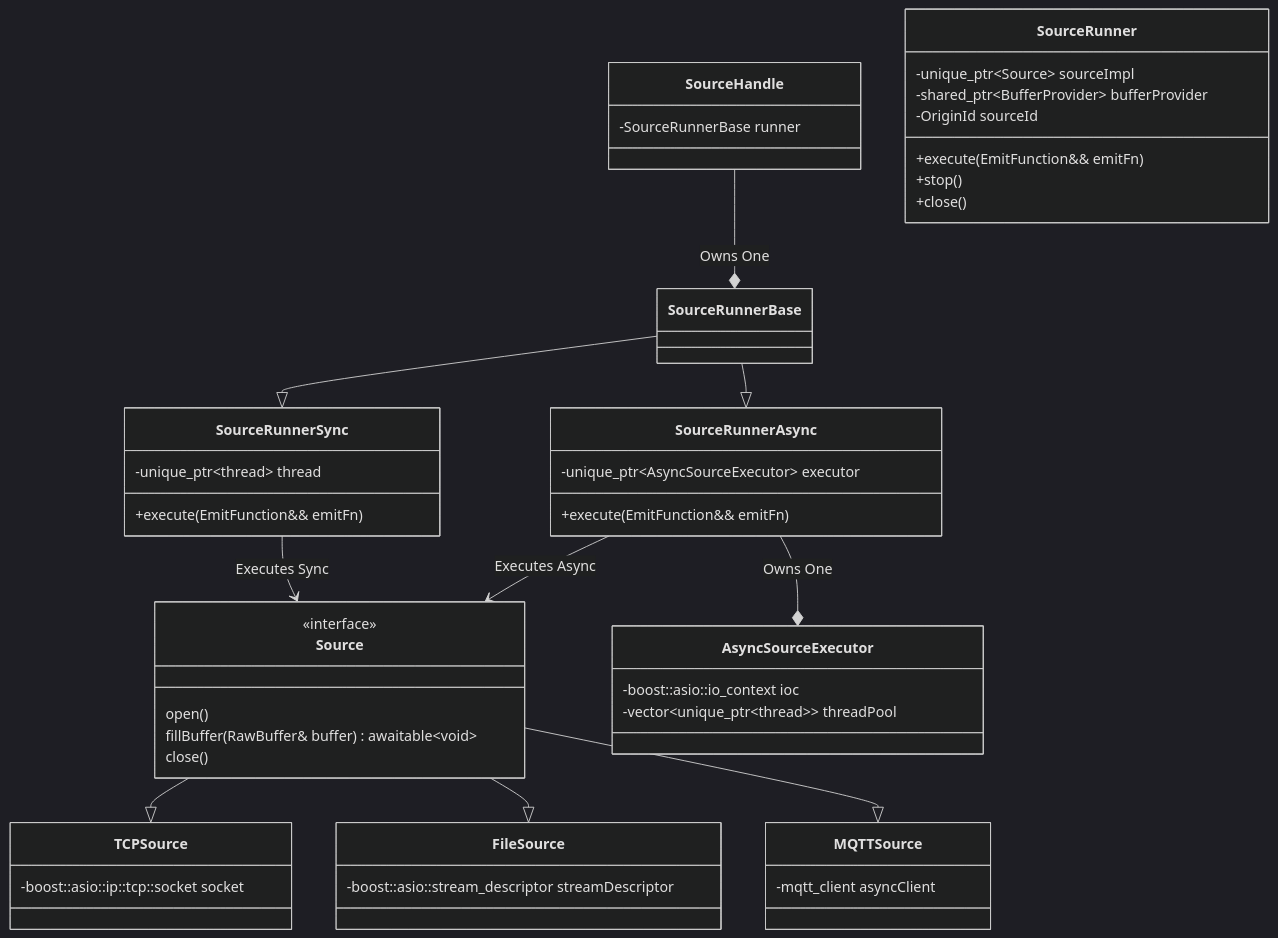
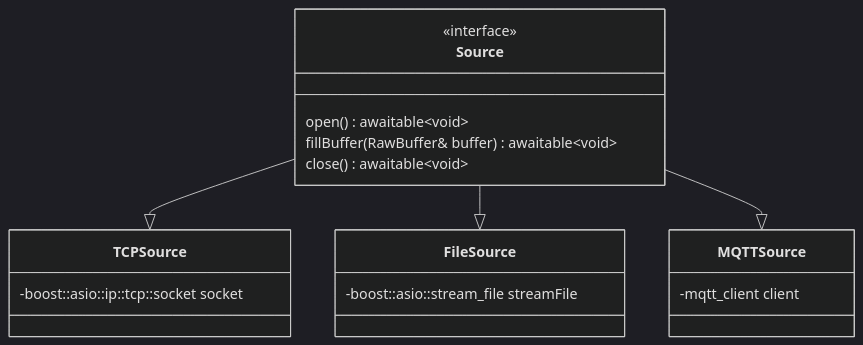
Before and after one commit to nebulastream/nebulastream: the second of 2 diagrams in docs/design/20241011_source_redesign.md, drawn with Mermaid (dark theme). The commit also changed other lines of this file, not shown here.

Commit message:
Add detailed documentation around implementation of new components, restructure buffer management section. TODO: describe cancellation of ongoing async operations

````diff
--- a/docs/design/20241011_source_redesign.md
+++ b/docs/design/20241011_source_redesign.md
@@ -234,60 +334,25 @@
 ```mermaid
 classDiagram
-    SourceHandle --* SourceRunnerBase: Owns One
-    SourceRunnerBase --|> SourceRunnerSync
-    SourceRunnerBase --|> SourceRunnerAsync
-    SourceRunnerAsync --> Source: Executes Async
-    SourceRunnerSync --> Source: Executes Sync
-    SourceRunnerAsync --* AsyncSourceExecutor: Owns One
     Source --|> TCPSource
     Source --|> FileSource
     Source --|> MQTTSource
 
     class Source
     <<interface>> Source
-    Source: open()
+    Source: open() awaitable~void~
     Source: fillBuffer(RawBuffer& buffer) awaitable~void~
-    Source: close()
+    Source: close() awaitable~void~
     
 
     class TCPSource {
         -boost::asio::ip::tcp::socket socket
     }
 
     class FileSource {
-        -boost::asio::stream_descriptor streamDescriptor
+        -boost::asio::stream_file streamFile
     }
 
     class MQTTSource {
-        -mqtt_client asyncClient
+        -mqtt_client client
     }
-
-    class SourceHandle {
-      -SourceRunnerBase runner
-    }
-
-    class SourceRunner {
-        -unique_ptr~Source~ sourceImpl
-        -shared_ptr~BufferProvider~ bufferProvider
-        -OriginId sourceId
-        +execute(EmitFunction&& emitFn)
-        +stop()
-        +close()
-    }
-
-    class SourceRunnerSync {
-        -unique_ptr~thread~ thread
-        +execute(EmitFunction&& emitFn)
-    }
-
-    class SourceRunnerAsync {
-        -unique_ptr~AsyncSourceExecutor~ executor
-        +execute(EmitFunction&& emitFn)
-    }
-
-    class AsyncSourceExecutor {
-        -boost::asio::io_context ioc
-        -vector~unique_ptr~thread~~ threadPool
-    }
-
 ```
````
